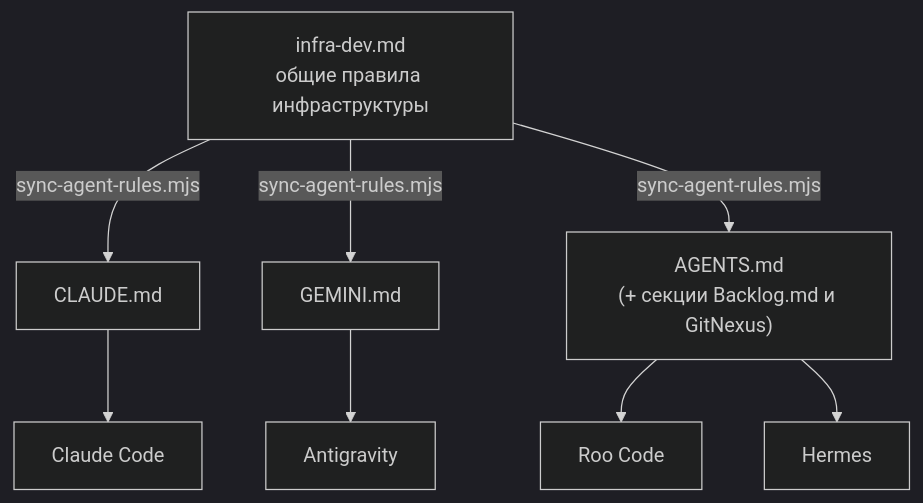
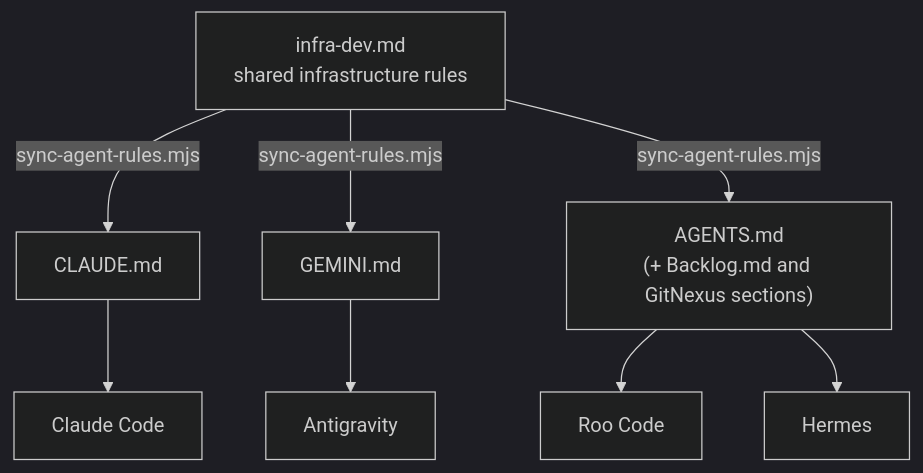
The fourth of 7 diagrams in template/README.md (Reasp/projecthub-oss), drawn with Mermaid (dark theme) before and after one commit. The commit also changed other lines of this file and 22 other files, not shown here.

````diff
--- a/template/README.md
+++ b/template/README.md
@@ -235,12 +241,12 @@
 ```mermaid
 graph TD
-    ID["infra-dev.md<br/>общие правила инфраструктуры"]
+    ID["infra-dev.md<br/>shared infrastructure rules"]
     ID -->|sync-agent-rules.mjs| C["CLAUDE.md"]
     ID -->|sync-agent-rules.mjs| G["GEMINI.md"]
-    ID -->|sync-agent-rules.mjs| A["AGENTS.md<br/>(+ секции Backlog.md и GitNexus)"]
+    ID -->|sync-agent-rules.mjs| A["AGENTS.md<br/>(+ Backlog.md and GitNexus sections)"]
 
     C --> CC["Claude Code"]
     G --> AG["Antigravity"]
     A --> RC["Roo Code"]
     A --> HE["Hermes"]
 ```
````
